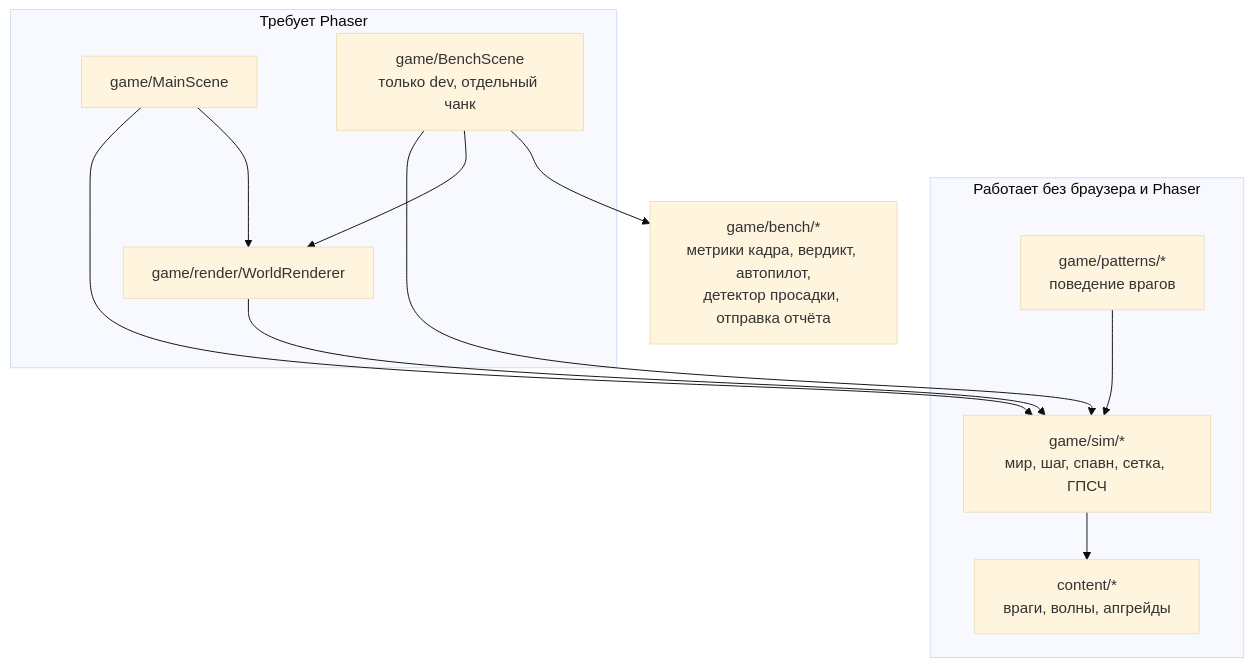
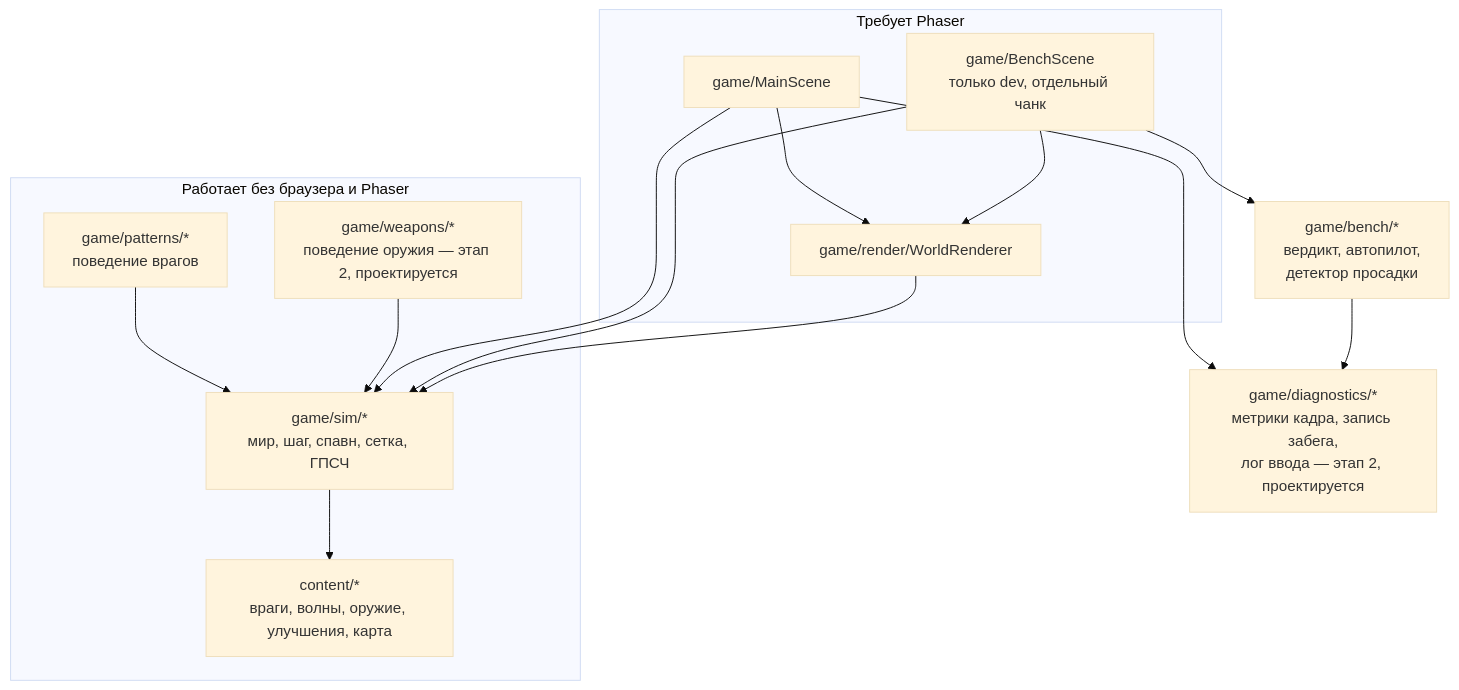
One commit to JJSGxKD/rubezh changed the sixth of 17 diagrams in docs/21-diagrams.md. Above: the diagram before and after it, drawn with Mermaid (base theme). The commit also changed other lines of this file and 19 other files, not shown here.

````diff
--- a/docs/21-diagrams.md
+++ b/docs/21-diagrams.md
@@ -345,25 +407,30 @@
 ```mermaid
 flowchart TD
     subgraph headless["Работает без браузера и Phaser"]
         SIM["game/sim/*<br/>мир, шаг, спавн, сетка, ГПСЧ"]
         PAT["game/patterns/*<br/>поведение врагов"]
-        CNT["content/*<br/>враги, волны, апгрейды"]
+        WPN["game/weapons/*<br/>поведение оружия — этап 2, проектируется"]
+        CNT["content/*<br/>враги, волны, оружие, улучшения, карта"]
     end
 
     subgraph rendered["Требует Phaser"]
         MS["game/MainScene"]
         BS["game/BenchScene<br/>только dev, отдельный чанк"]
         WR["game/render/WorldRenderer"]
     end
 
-    BM["game/bench/*<br/>метрики кадра, вердикт, автопилот,<br/>детектор просадки, отправка отчёта"]
+    BM["game/bench/*<br/>вердикт, автопилот,<br/>детектор просадки"]
+    DG["game/diagnostics/*<br/>метрики кадра, запись забега,<br/>лог ввода — этап 2, проектируется"]
 
     PAT --> SIM
+    WPN --> SIM
     SIM --> CNT
     MS --> SIM
     MS --> WR
+    MS --> DG
     BS --> SIM
     BS --> WR
     BS --> BM
+    BM --> DG
     WR --> SIM
 ```
````
